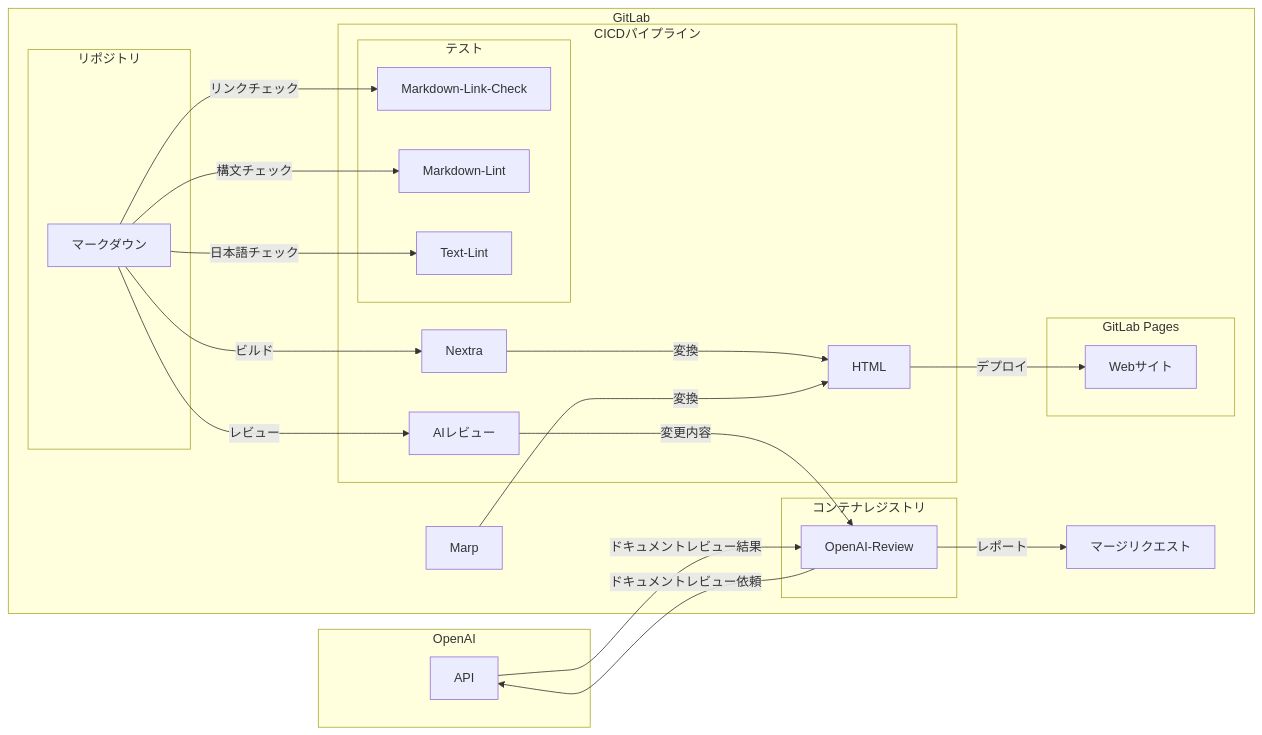
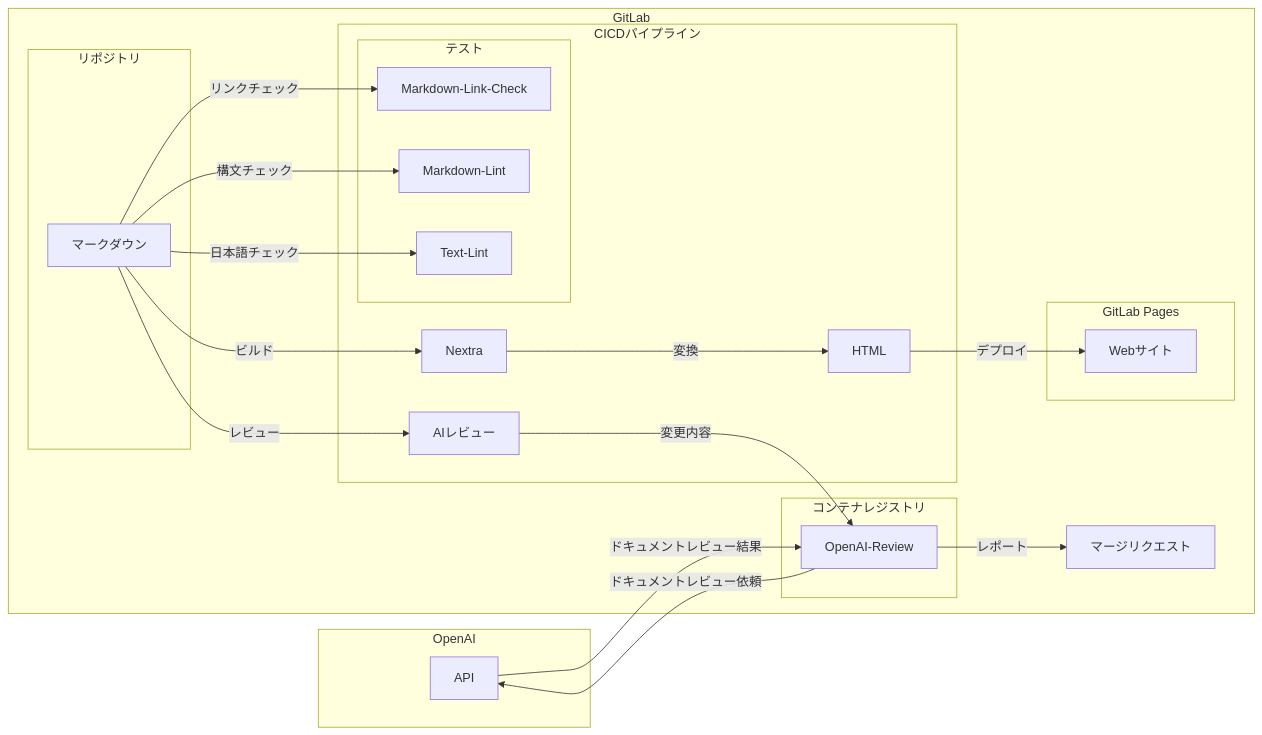
One commit to gongyong/docs changed the first of 2 diagrams in pages/index.mdx. Above: the diagram before and after it, drawn with Mermaid. The commit also changed 1 other file, not shown here.

Commit message:
Del Marp

````diff
--- a/pages/index.mdx
+++ b/pages/index.mdx
@@ -31,40 +31,39 @@
 ```mermaid
 graph LR
 subgraph OpenAI
     API
 end
 subgraph GitLab
     subgraph リポジトリ
         マークダウン
     end
     subgraph CICDパイプライン
         subgraph テスト
             Markdown-Link-Check
             Markdown-Lint
             Text-Lint
         end
         AIレビュー
         Nextra
         HTML
     end
     subgraph コンテナレジストリ
         OpenAI-Review
     end
     subgraph GitLab Pages
         Webサイト
     end
     マージリクエスト
     マークダウン--リンクチェック-->Markdown-Link-Check
     マークダウン--構文チェック-->Markdown-Lint
     マークダウン--日本語チェック-->Text-Lint
     マークダウン--レビュー-->AIレビュー
     AIレビュー--変更内容-->OpenAI-Review
     OpenAI-Review--ドキュメントレビュー依頼-->API
     API--ドキュメントレビュー結果-->OpenAI-Review
     OpenAI-Review--レポート-->マージリクエスト
     マークダウン--ビルド-->Nextra
     Nextra--変換-->HTML
-    Marp--変換-->HTML
     HTML--デプロイ-->Webサイト
 end
 ```
````
